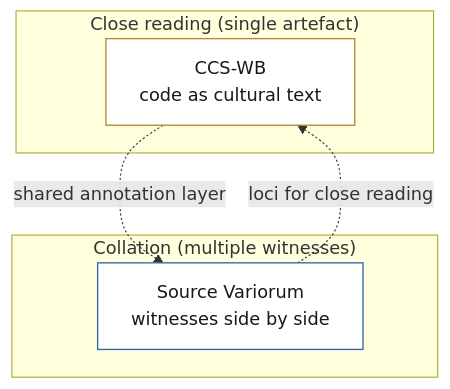
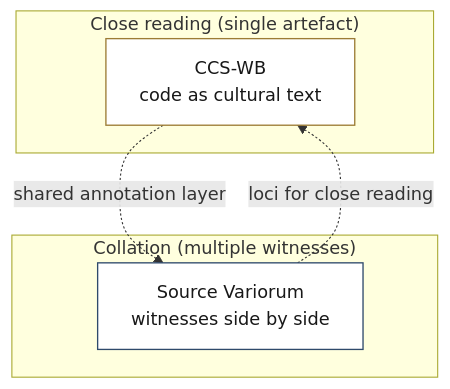
Before and after one commit to Computational-Hermeneutics/.github: the diagram in profile/README.md, drawn with Mermaid.

Commit message:
Recolour family-map accents to match the critical-edition palette

````diff
--- a/profile/README.md
+++ b/profile/README.md
@@ -42,18 +42,18 @@
 ```mermaid
 graph TB
   subgraph reading["Close reading (single artefact)"]
     C["CCS-WB\ncode as cultural text"]
   end
 
   subgraph collation["Collation (multiple witnesses)"]
     S["Source Variorum\nwitnesses side by side"]
   end
 
   C -.shared annotation layer.-> S
   S -.loci for close reading.-> C
 
-  classDef reading fill:#ffffff,stroke:#b8862e,color:#181818,stroke-width:1.2px;
-  classDef collation fill:#ffffff,stroke:#3563a8,color:#181818,stroke-width:1.2px;
+  classDef reading fill:#ffffff,stroke:#9c7c34,color:#181818,stroke-width:1.2px;
+  classDef collation fill:#ffffff,stroke:#2f4a6b,color:#181818,stroke-width:1.2px;
   class C reading;
   class S collation;
 ```
````
